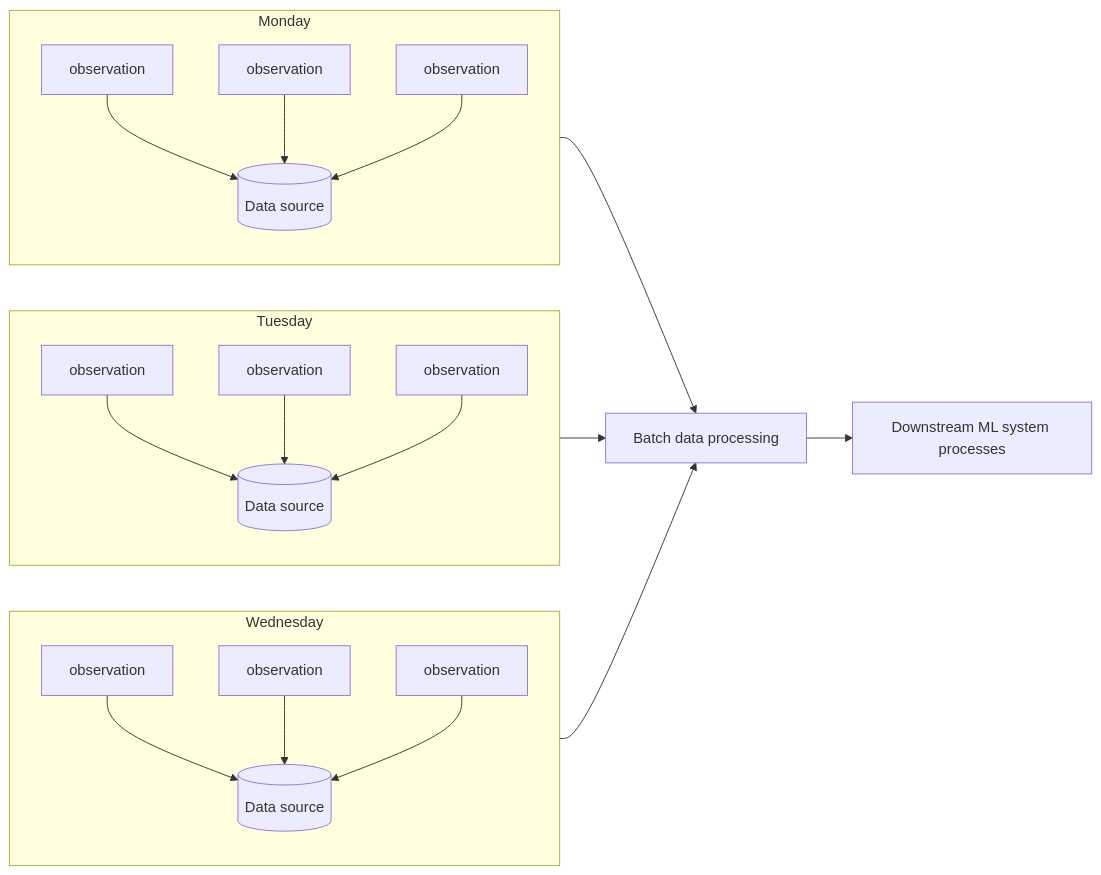
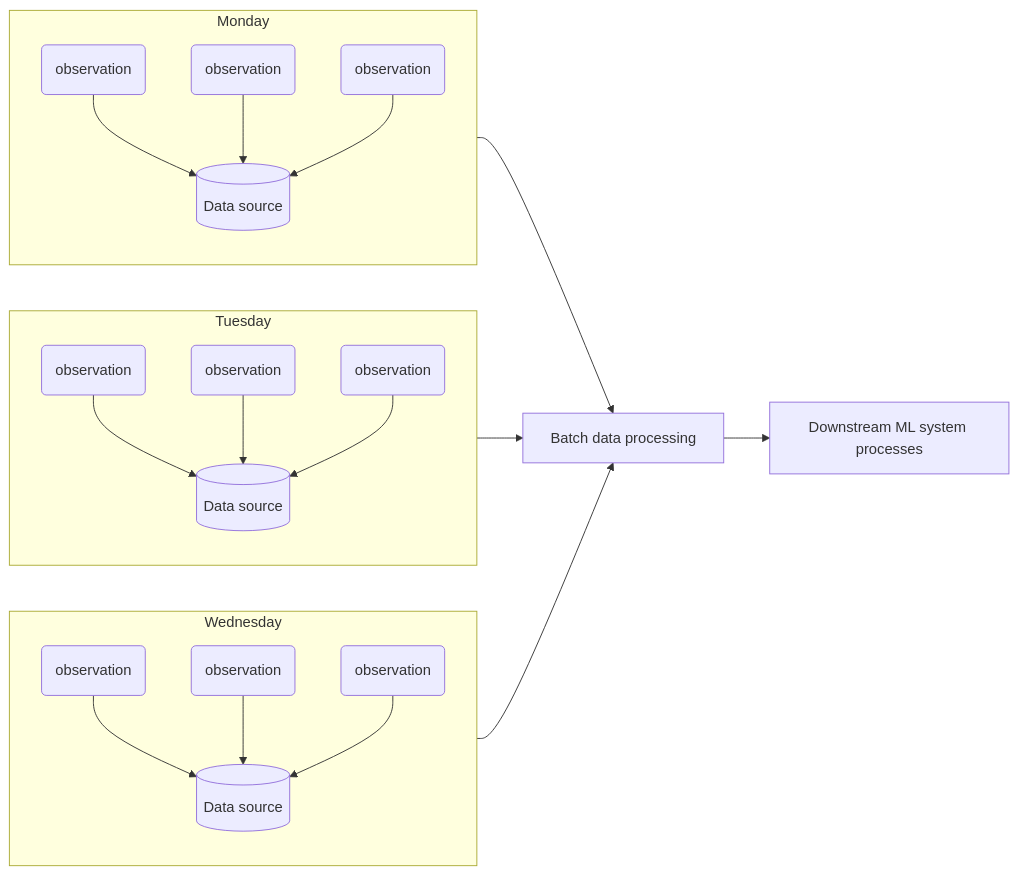
One commit to bradleyboehmke/uc-bana-7075 changed the second of 6 diagrams in book/03-dataops-role.qmd. Above: the diagram before and after it, drawn with Mermaid. The commit also changed other lines of this file, not shown here.

Commit message:
Add DataOps diagrams/figures

````diff
--- a/book/03-dataops-role.qmd
+++ b/book/03-dataops-role.qmd
@@ -123,31 +123,31 @@
 ```{mermaid}
 %%| fig-cap: "Batch processing collects data in chunks or intervals, such as on a daily cadence.  In this example, every day a batch process is ran where data is ingested from its relevant data sources, processed and fed to downstream processes in the ML system."
 %%| label: fig-batch
 
 flowchart LR
     subgraph Monday
       direction TB
-      ob1[observation] --> id1[(Data source)]
-      ob2[observation] --> id1
-      ob3[observation] --> id1
+      ob1(observation) --> id1[(Data source)]
+      ob2(observation) --> id1
+      ob3(observation) --> id1
     end
     subgraph Tuesday
       direction TB
-      ob4[observation] --> id2[(Data source)]
-      ob5[observation] --> id2
-      ob6[observation] --> id2
+      ob4(observation) --> id2[(Data source)]
+      ob5(observation) --> id2
+      ob6(observation) --> id2
     end
     subgraph Wednesday
       direction TB
-      ob7[observation] --> id3[(Data source)]
-      ob8[observation] --> id3
-      ob9[observation] --> id3
+      ob7(observation) --> id3[(Data source)]
+      ob8(observation) --> id3
+      ob9(observation) --> id3
     end
     processing[Batch data processing]
     downstream[Downstream ML system processes]
 
     Monday --> processing
     Tuesday --> processing
     Wednesday --> processing
     processing --> downstream
 ```
````
